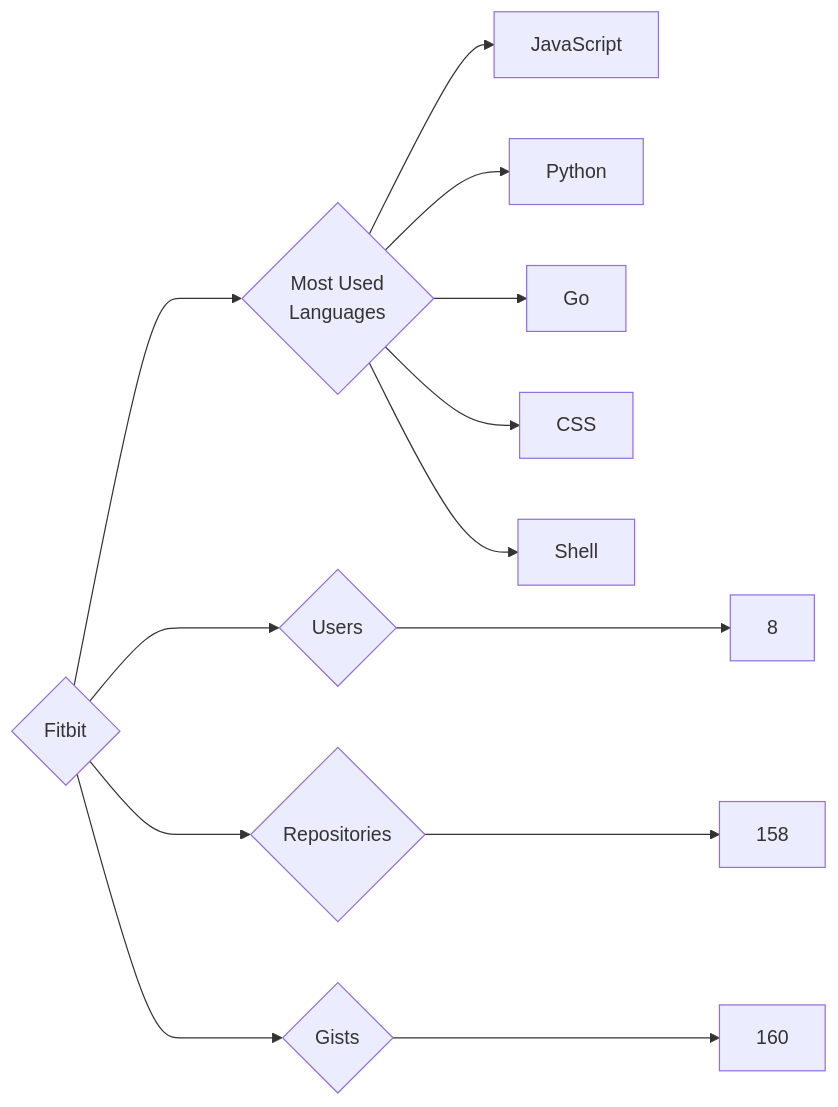
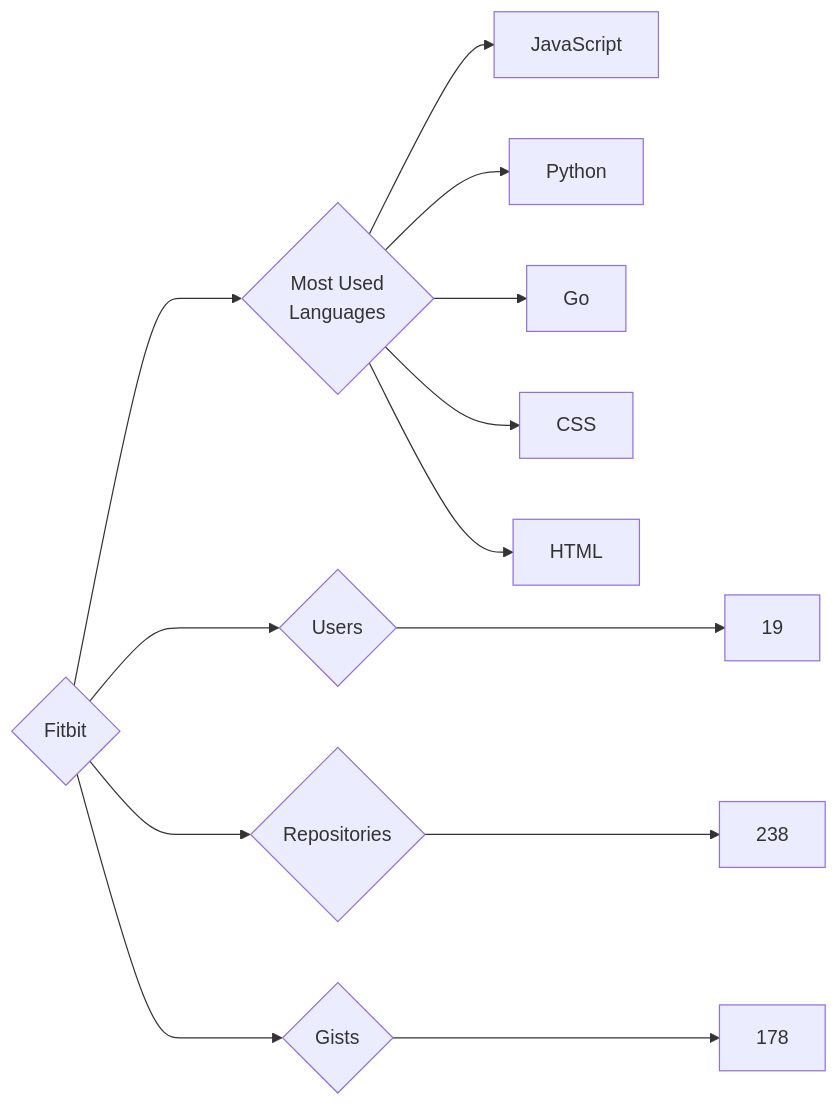
One commit to trickest/insiders changed the diagram in targets/Fitbit/README.md. Above: the diagram before and after it, drawn with Mermaid. The commit also changed 752 other files, not shown here.

````diff
--- a/targets/Fitbit/README.md
+++ b/targets/Fitbit/README.md
@@ -3,13 +3,13 @@
 ```mermaid
 graph LR
 COMPANY_NAME{Fitbit}
-COMPANY_NAME ---> U{Users} ---> UN[8]
-COMPANY_NAME ---> R{Repositories} ---> RN[158]
-COMPANY_NAME ---> G{Gists} ---> GN[160]
+COMPANY_NAME ---> U{Users} ---> UN[19]
+COMPANY_NAME ---> R{Repositories} ---> RN[238]
+COMPANY_NAME ---> G{Gists} ---> GN[178]
 COMPANY_NAME ---> ML{Most Used<br>Languages}
 ML --> JavaScript[JavaScript]
 ML --> Python[Python]
 ML --> Go[Go]
 ML --> CSS[CSS]
-ML --> Shell[Shell]
+ML --> HTML[HTML]
 ```
````
